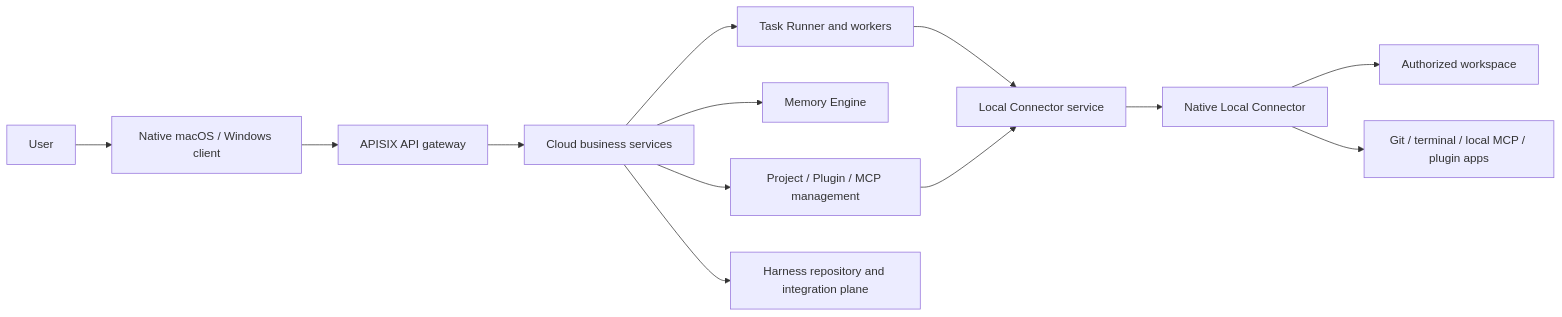
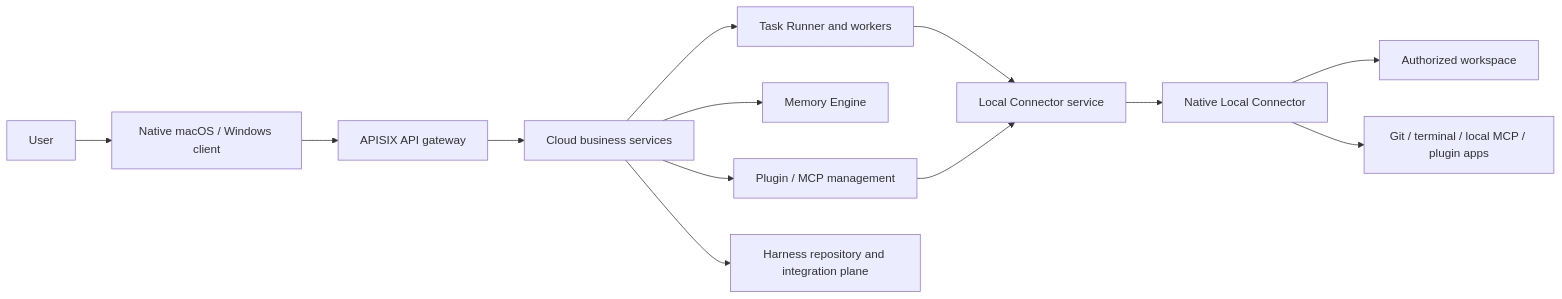
Before and after one commit to leeoohoo/chatos_rs: the diagram in README.md, drawn with Mermaid. The commit also changed other lines of this file and 105 other files, not shown here.

Commit message:
refactor(projects): remove project plugin and task bridge

````diff
--- a/README.md
+++ b/README.md
@@ -36,15 +34,15 @@
 ```mermaid
 flowchart LR
     U[User] --> C[Native macOS / Windows client]
     C --> G[APISIX API gateway]
     G --> S[Cloud business services]
     S --> T[Task Runner and workers]
     S --> M[Memory Engine]
-    S --> P[Project / Plugin / MCP management]
+    S --> P[Plugin / MCP management]
     T --> L[Local Connector service]
     P --> L
     L --> N[Native Local Connector]
     N --> W[Authorized workspace]
     N --> X[Git / terminal / local MCP / plugin apps]
     S --> H[Harness repository and integration plane]
 ```
````
